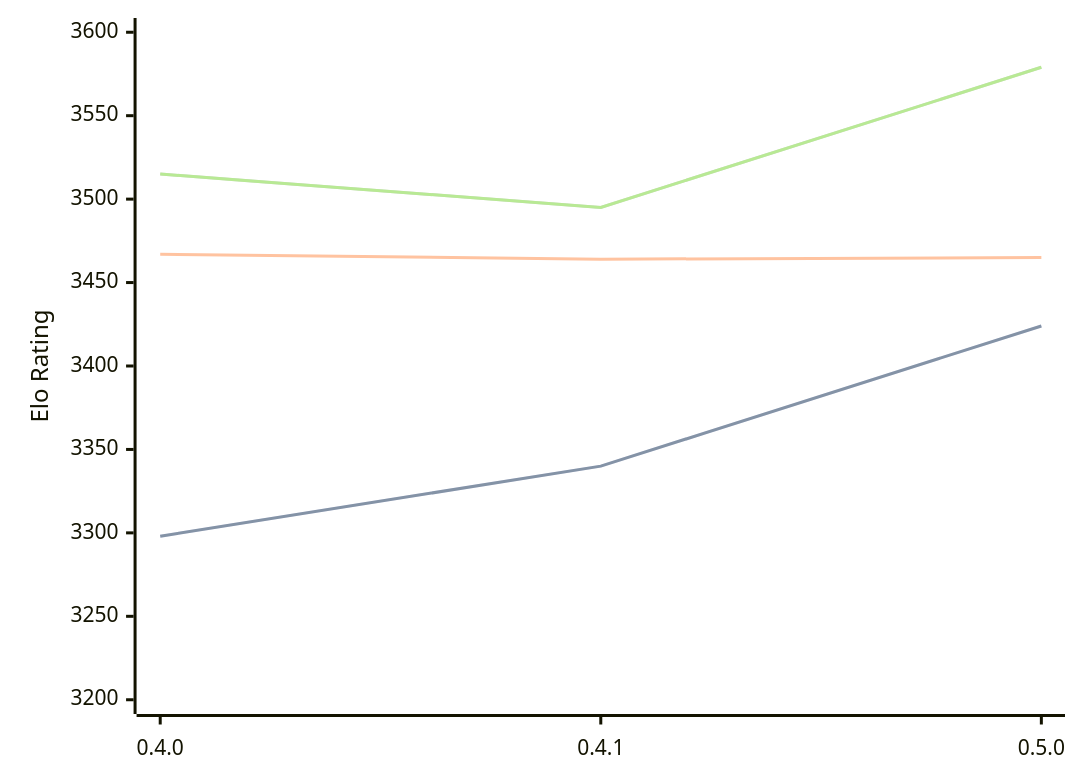
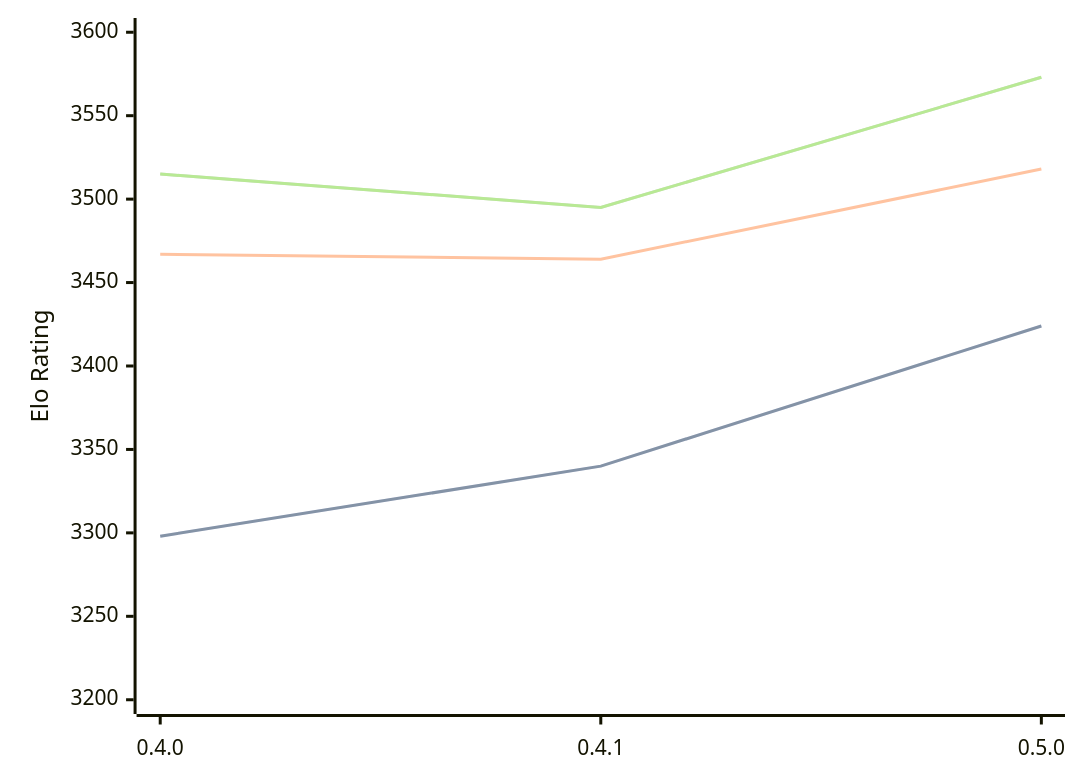
Before and after one commit to computer-chess-index/cci: the third of 3 diagrams in engines/Cinder.md, drawn with Mermaid. The commit also changed other lines of this file, not shown here.

Commit message:
Update CCI Ratings (ELO VLTC) - 2026-07-09

````diff
--- a/engines/Cinder.md
+++ b/engines/Cinder.md
@@ -74,11 +75,11 @@
 ```mermaid
 %%{init: {"theme":"base","themeVariables":{"seriesColors:['#a3a3a3','#222221','#faa371']}}}%%
 xychart-beta
   x-axis ["0.4.0", "0.4.1", "0.5.0"]
   y-axis "Elo Rating" 3200 --> 3600
   line "STC (8.0+0.08s)" [3298, 3340, 3424]
   line "STC (8.0+0.08s)" [3298, 3340, 3424]
-  line "LTC (60.0+0.60s)" [3467, 3464, 3465]
-  line "VLTC (2m24s+1.12s)" [3515, 3495, 3579]
-  line "VLTC (2m24s+1.12s)" [3515, 3495, 3579]
+  line "LTC (60.0+0.60s)" [3467, 3464, 3518]
+  line "VLTC (2m24s+1.12s)" [3515, 3495, 3573]
+  line "VLTC (2m24s+1.12s)" [3515, 3495, 3573]
 ```
````
